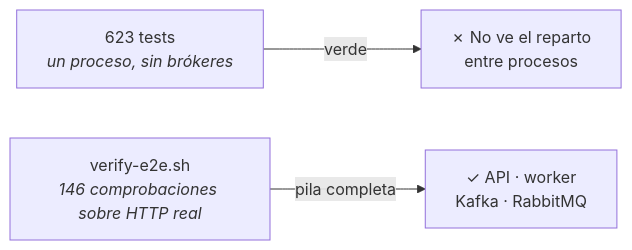
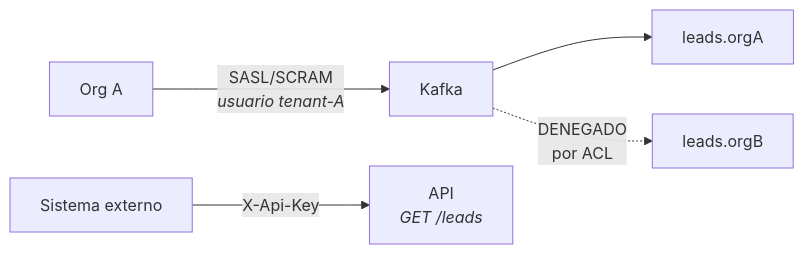
One commit to MDCIrony/leads-hexa changed the tenth of 11 diagrams in .slides-events/slides.md. Above: the diagram before and after it, drawn with Mermaid. The commit also changed other lines of this file, not shown here.

````diff
--- a/.slides-events/slides.md
+++ b/.slides-events/slides.md
@@ -577,5 +508,7 @@
-```mermaid {scale: 0.75}
+```mermaid {scale: 0.78}
 flowchart LR
-    S["623 tests<br/><i>un proceso, sin brókeres</i>"] -->|verde| X["✗ No ve el reparto<br/>entre procesos"]
-    E["verify-e2e.sh<br/><i>146 comprobaciones sobre HTTP real</i>"] -->|"pila completa"| Y["✓ API · worker<br/>Kafka · RabbitMQ"]
+    A["Org A"] -->|"SASL/SCRAM<br/><i>usuario tenant-A</i>"| K["Kafka"]
+    K --> T1["leads.orgA"]
+    K -.->|"DENEGADO<br/>por ACL"| T2["leads.orgB"]
+    S["Sistema externo"] -->|"X-Api-Key"| API["API<br/><i>GET /leads</i>"]
 ```
````
